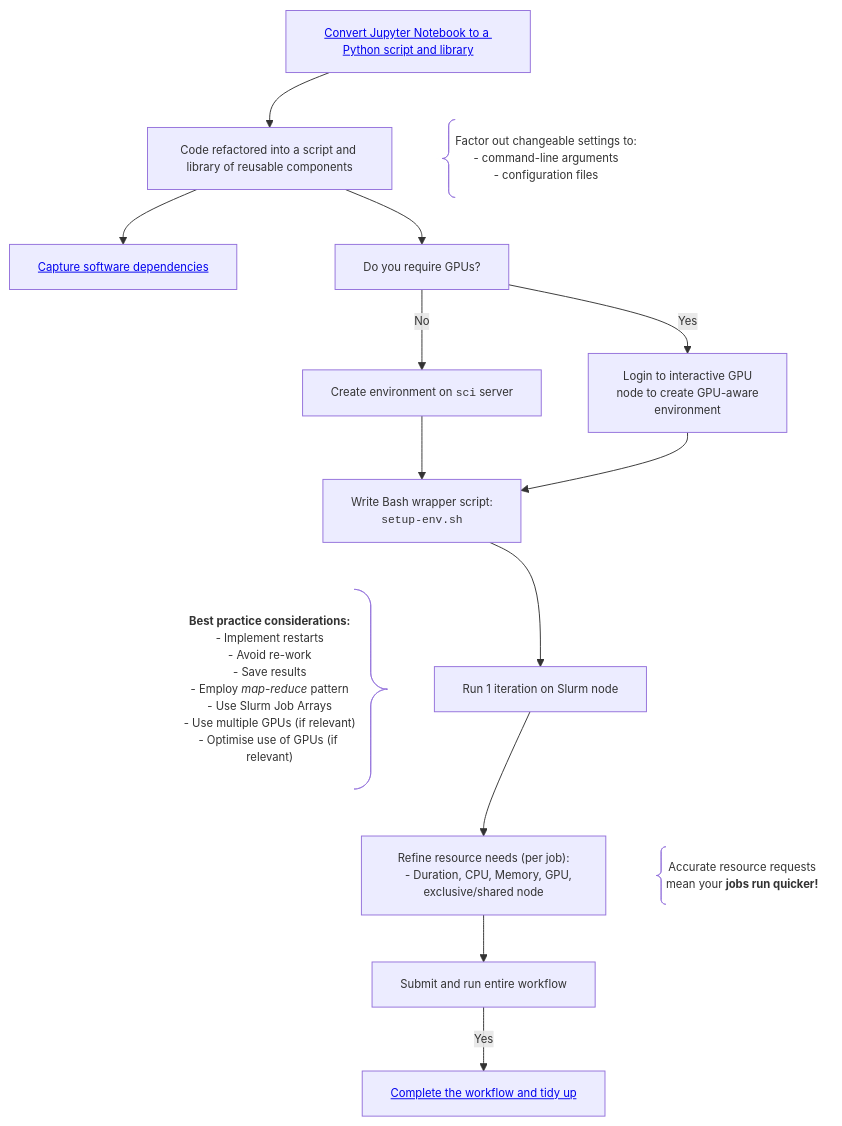
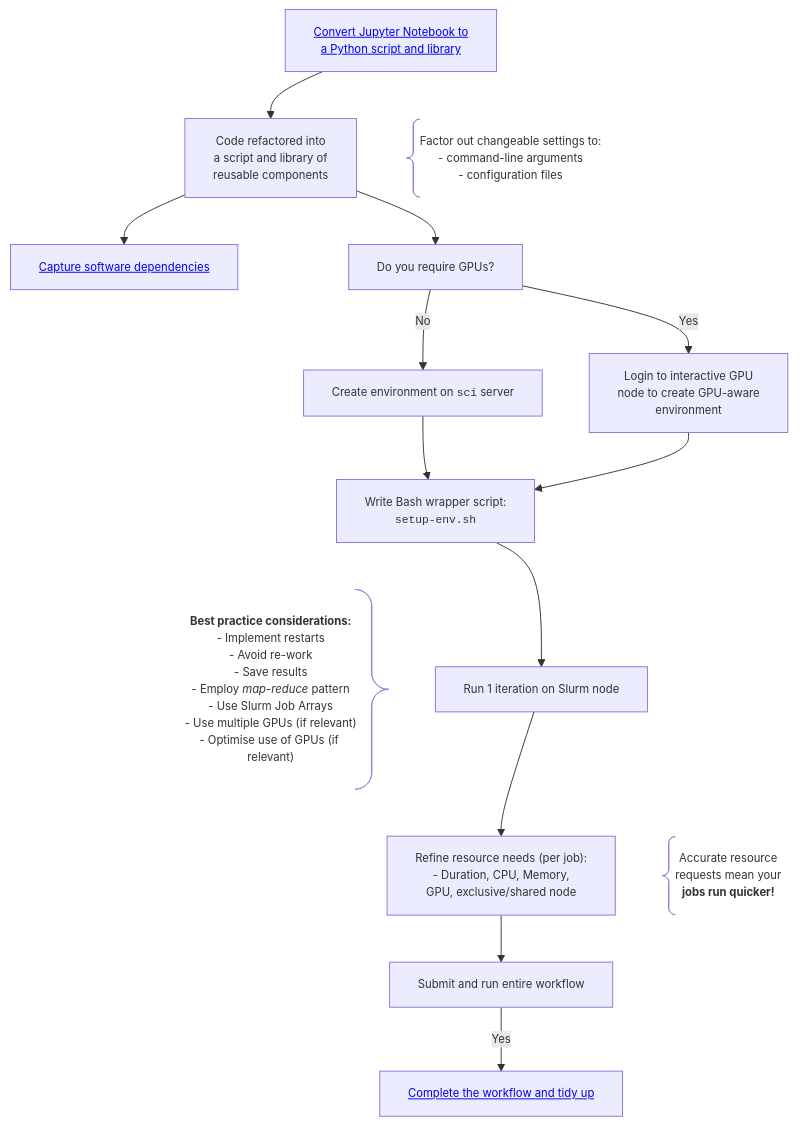
One commit to agstephens/proto-jasmin-mermaid-docs changed the third of 3 diagrams in README.md. Above: the diagram before and after it, drawn with Mermaid.

````diff
--- a/README.md
+++ b/README.md
@@ -224,46 +224,46 @@
 ```mermaid
 ---
 config:
   theme: 'default'
   themeVariables:
     fontSize: 9pt
 ---
 flowchart TD
-    NB[<a href="https://github.com/agstephens/proto-jasmin-mermaid-docs/blob/main/README.md#python-best-practice">Convert Jupyter Notebook to a Python script and library</a>]
+    NB[<a href="https://github.com/agstephens/proto-jasmin-mermaid-docs/blob/main/README.md#python-best-practice">Convert Jupyter Notebook to <br/>a Python script and library</a>]
 
-    NB --> CODE_READY[Code refactored into a script and library of reusable components]
+    NB --> CODE_READY[Code refactored into <br/>a script and library of <br/>reusable components]
 
     NB ~~~ C1@{ shape: brace-l, label: "Factor out changeable settings to</b>:
         - command-line arguments
         - configuration files"}
 
     CODE_READY --> DEPS[<a href="https://github.com/agstephens/proto-jasmin-mermaid-docs/blob/main/README.md#managing-software-dependencies">Capture software dependencies</a>]
 
     CODE_READY ~~~ C2@{ shape: brace-l, label: "'requirements.txt' file<br/>listing dependencies"}
 
     CODE_READY --> GPU_REQ[Do you require GPUs?]
 
     GPU_REQ -->|No| CPU_NODE[Create environment on <code>sci</code> server] --> WRAPPER
     GPU_REQ -->|Yes| GPU_NODE[Login to interactive GPU <br/>node to create GPU-aware <br/>environment] --> WRAPPER
 
     WRAPPER[Write Bash wrapper script:<br/><code>setup-env.sh</code>] --> TEST_RUN[Run 1 iteration on Slurm node]
 
     WRAPPER ~~~ C2@{ shape: brace-r, label: "<b>Best practice considerations:</b>
     - Implement restarts
     - Avoid re-work
     - Save results
     - Employ <i>map-reduce</i> pattern
     - Use Slurm Job Arrays
     - Use multiple GPUs (if relevant)
     - Optimise use of GPUs (if relevant)"}
 
     TEST_RUN --> REFINE[Refine resource needs #40;per job#41;:
-    - Duration, CPU, Memory, GPU, exclusive/shared node]
+    - Duration, CPU, Memory, <br/>GPU, exclusive/shared node]
 
-    TEST_RUN ~~~ C3@{ shape: brace-l, label: "Accurate resource requests<br/>mean your <b>jobs run quicker!</b>"}
+    TEST_RUN ~~~ C3@{ shape: brace-l, label: "Accurate resource <br/>requests mean your <br/><b>jobs run quicker!</b>"}
 
     REFINE --> FULL_RUN[Submit and run entire workflow]
 
     FULL_RUN -->|Yes| COMPLETE[<a href="https://github.com/agstephens/proto-jasmin-mermaid-docs/blob/main/README.md#workflow-completion">Complete the workflow and tidy up</a>]
 
 ```
````
